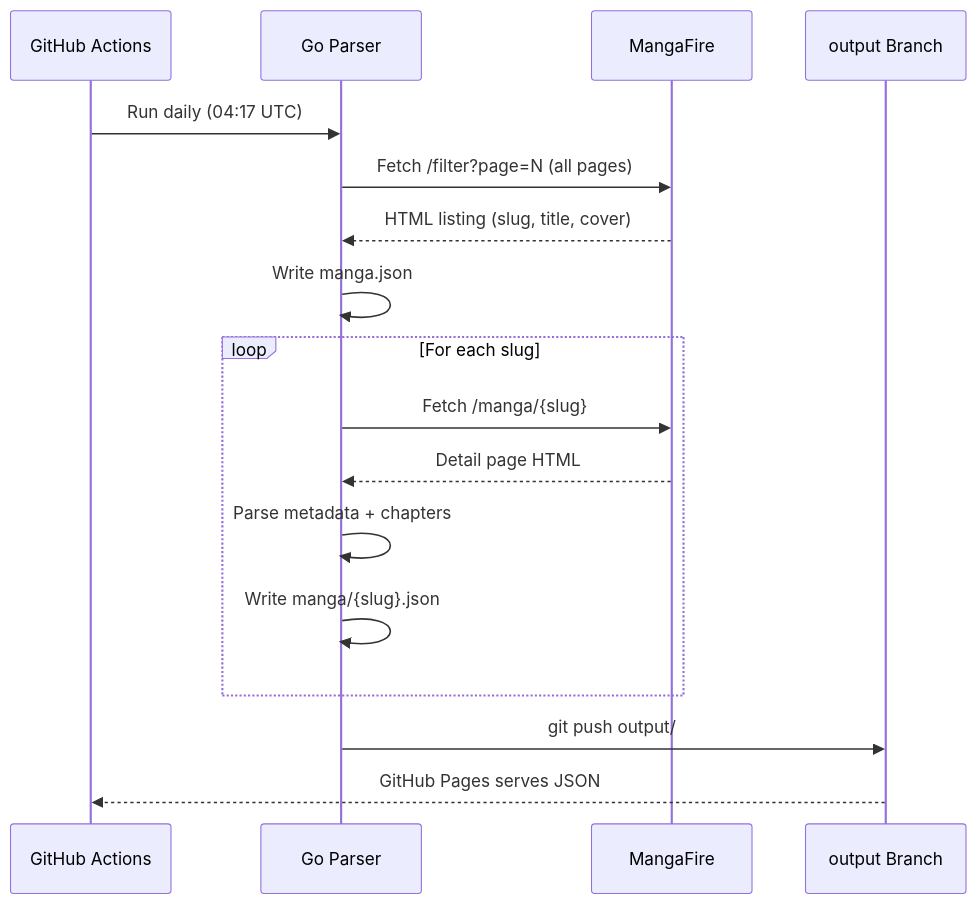
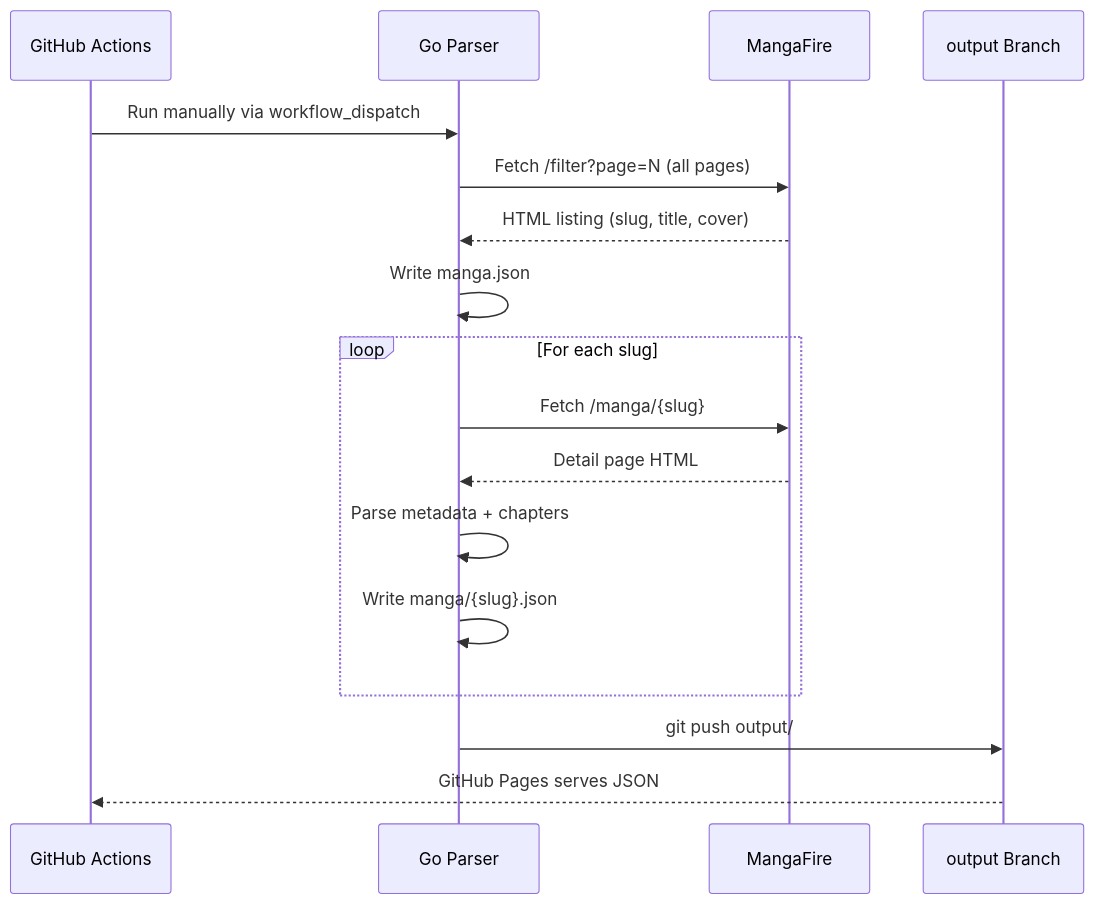
Before and after one commit to Junior1Gamer/Parser-API: the second of 2 diagrams in README.md, drawn with Mermaid. The commit also changed other lines of this file, not shown here.

Commit message:
docs: fix mermaid diagrams for GitHub compatibility, update manual-trigger references

````diff
--- a/README.md
+++ b/README.md
@@ -59,22 +54,22 @@
 ```mermaid
 sequenceDiagram
     participant GH as GitHub Actions
     participant P as Go Parser
     participant MF as MangaFire
     participant BP as output Branch
 
-    GH->>P: Run daily (04:17 UTC)
+    GH->>P: Run manually via workflow_dispatch
     P->>MF: Fetch /filter?page=N (all pages)
     MF-->>P: HTML listing (slug, title, cover)
     P->>P: Write manga.json
 
     loop For each slug
         P->>MF: Fetch /manga/{slug}
         MF-->>P: Detail page HTML
         P->>P: Parse metadata + chapters
         P->>P: Write manga/{slug}.json
     end
 
     P->>BP: git push output/
     BP-->>GH: GitHub Pages serves JSON
 ```
````
